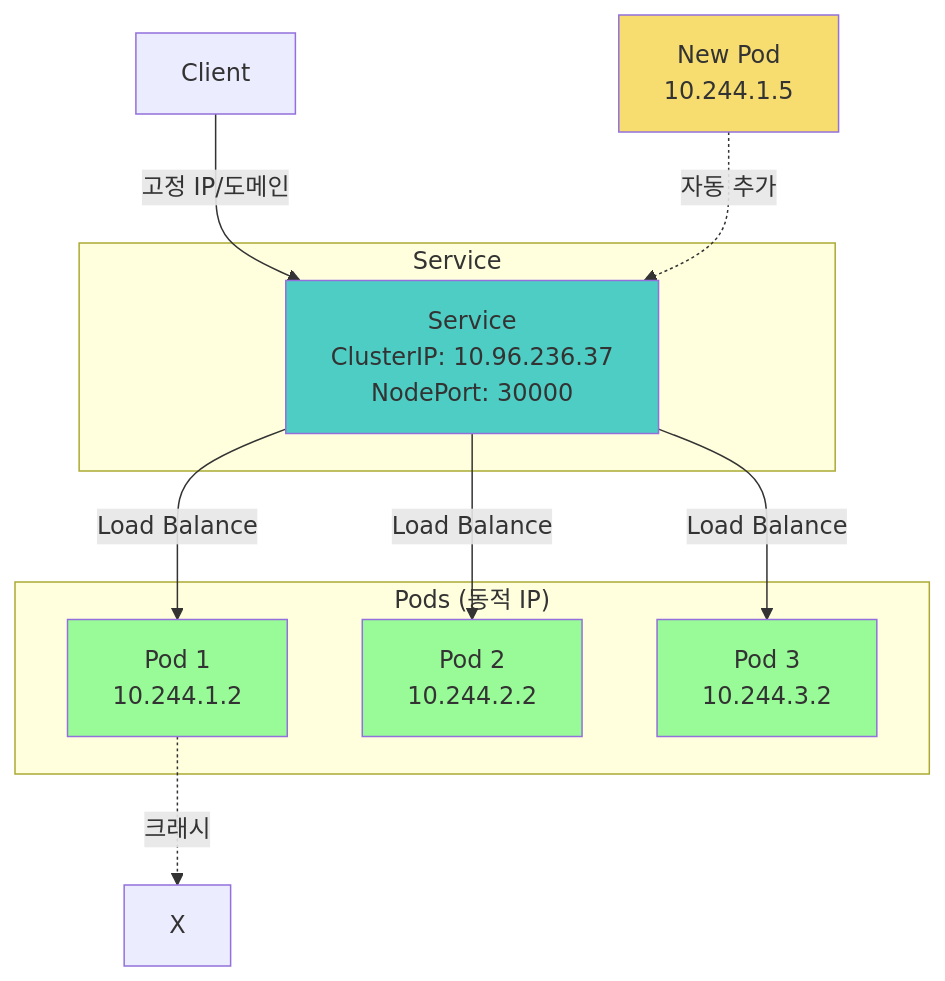
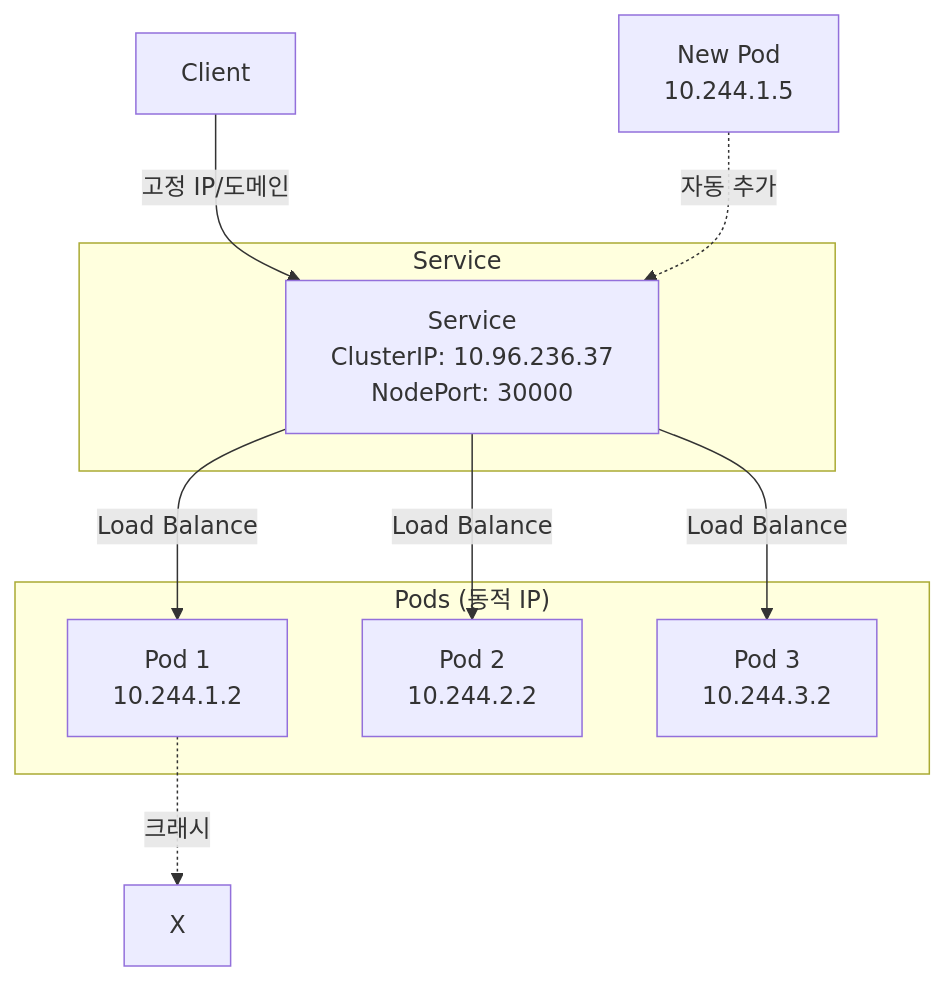
The fourth of 11 diagrams in docs/cicd/week3-jenkins-argocd.md (juwon8891/juwon8891.github.io), drawn with Mermaid before and after one commit. The commit also changed other lines of this file and 18 other files, not shown here.

Commit message:
Remove bright colors from Mermaid diagrams for dark mode compatibility

````diff
--- a/docs/cicd/week3-jenkins-argocd.md
+++ b/docs/cicd/week3-jenkins-argocd.md
@@ -614,26 +607,21 @@
 ```mermaid
 graph TB
     subgraph "Service"
         SVC[Service<br/>ClusterIP: 10.96.236.37<br/>NodePort: 30000]
     end
 
     subgraph "Pods (동적 IP)"
         POD1[Pod 1<br/>10.244.1.2]
         POD2[Pod 2<br/>10.244.2.2]
         POD3[Pod 3<br/>10.244.3.2]
     end
 
     CLIENT[Client] -->|고정 IP/도메인| SVC
     SVC -->|Load Balance| POD1
     SVC -->|Load Balance| POD2
     SVC -->|Load Balance| POD3
 
     POD1 -.크래시.-> DEAD[X]
     NEW[New Pod<br/>10.244.1.5] -.자동 추가.-> SVC
 
-    style SVC fill:#4ECDC4
-    style POD1 fill:#98FB98
-    style POD2 fill:#98FB98
-    style POD3 fill:#98FB98
-    style NEW fill:#F7DC6F
 ```
````
